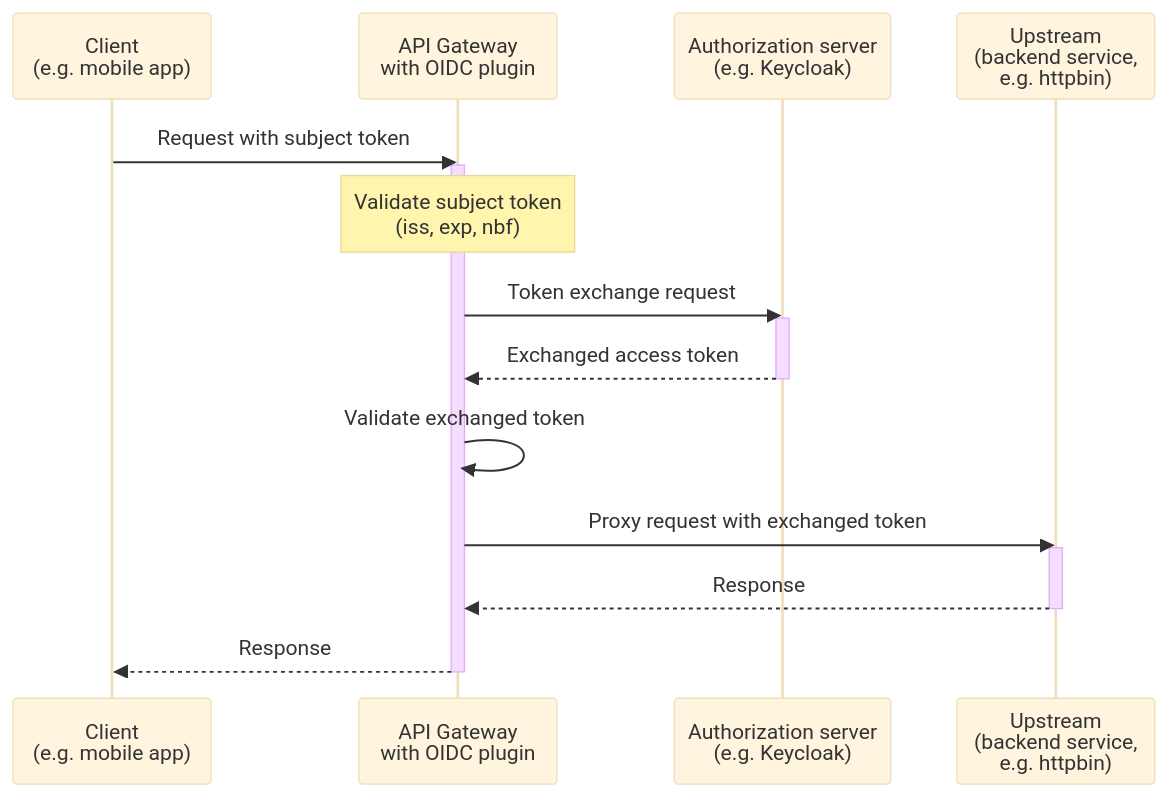
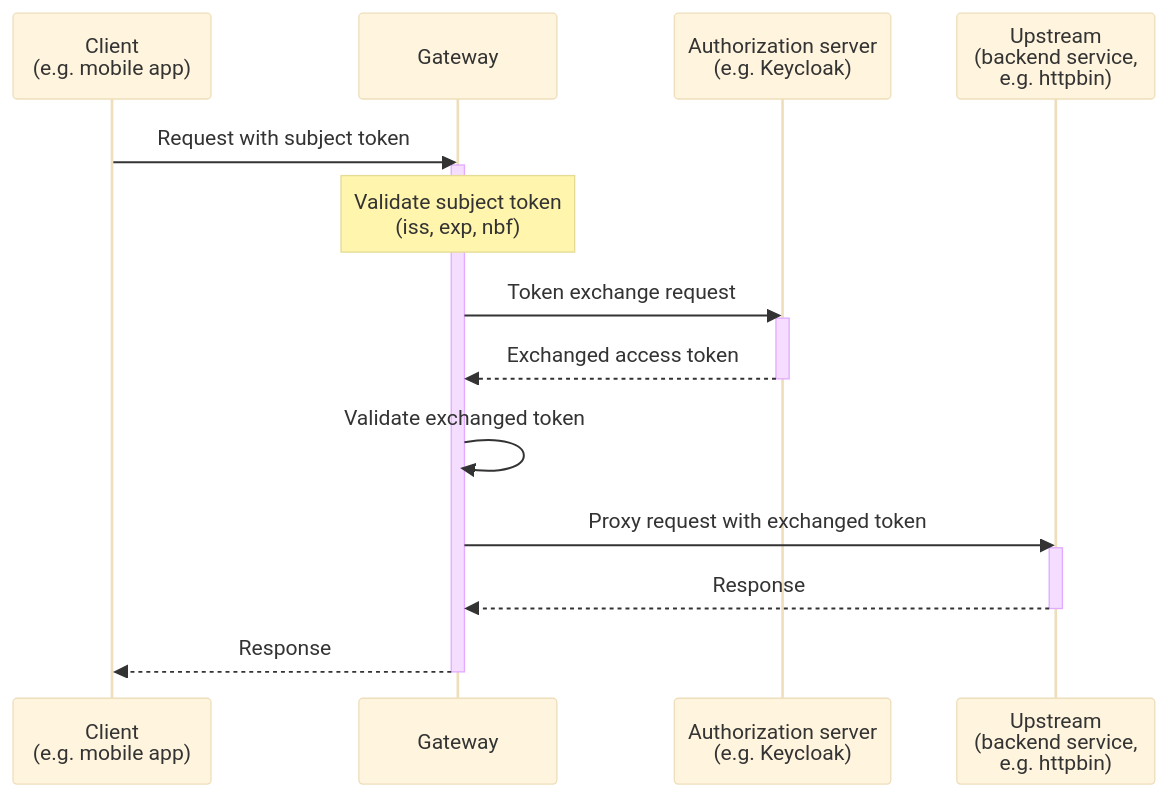
One commit to Kong/developer.konghq.com changed the diagram in app/_includes/plugins/oidc/diagrams/token-exchange.md. Above: the diagram before and after it, drawn with Mermaid (base theme). The commit also changed 27 other files, not shown here.

```diff
--- a/app/_includes/plugins/oidc/diagrams/token-exchange.md
+++ b/app/_includes/plugins/oidc/diagrams/token-exchange.md
@@ -1,22 +1,22 @@
 {% mermaid %}
 sequenceDiagram
     participant C as Client<br>(e.g. mobile app)
-    participant K as API Gateway <br>with OIDC plugin
+    participant K as Gateway
     participant A as Authorization server<br>(e.g. Keycloak)
     participant U as Upstream<br>(backend service,<br>e.g. httpbin)
 
     C->>K: Request with subject token
     activate K
     note over K: Validate subject token<br>(iss, exp, nbf)
     K->>A: Token exchange request
     activate A
     A-->>K: Exchanged access token
     deactivate A
     K->>K: Validate exchanged token
     K->>U: Proxy request with exchanged token
     activate U
     U-->>K: Response
     deactivate U
     K-->>C: Response
     deactivate K
 {% endmermaid %}
```
